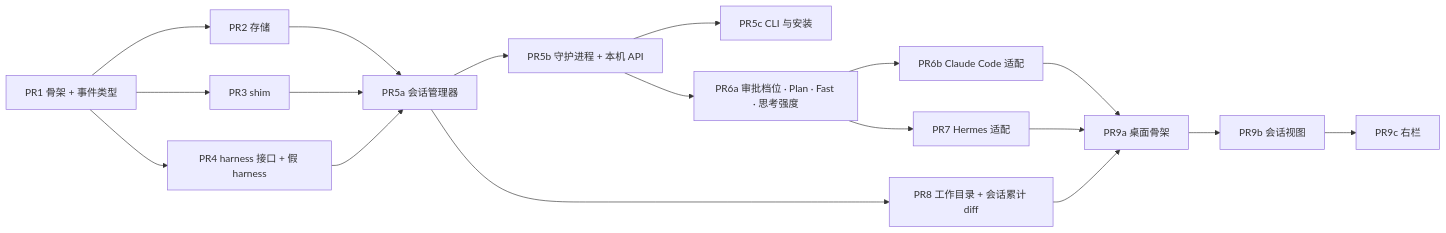
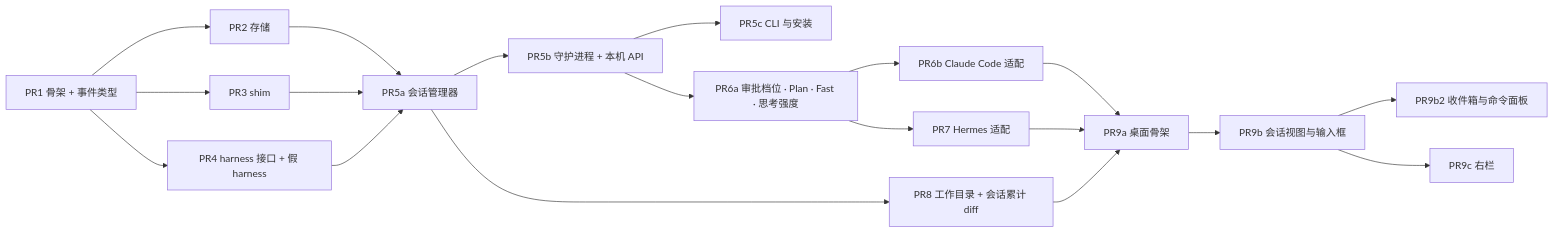
Before and after one commit to yangflow/hoplet: the diagram in docs/plans/m1-overview.md, drawn with Mermaid. The commit also changed other lines of this file and 4 other files, not shown here.

````diff
--- a/docs/plans/m1-overview.md
+++ b/docs/plans/m1-overview.md
@@ -34,20 +34,21 @@
 ```mermaid
 flowchart LR
     P1["PR1 骨架 + 事件类型"] --> P2["PR2 存储"]
     P1 --> P3["PR3 shim"]
     P1 --> P4["PR4 harness 接口 + 假 harness"]
     P2 --> P5["PR5a 会话管理器"]
     P3 --> P5
     P4 --> P5
     P5 --> P5b["PR5b 守护进程 + 本机 API"]
     P5b --> P5c["PR5c CLI 与安装"]
     P5b --> P6a["PR6a 审批档位 · Plan · Fast · 思考强度"]
     P6a --> P6["PR6b Claude Code 适配"]
     P6a --> P7["PR7 Hermes 适配"]
     P5 --> P8["PR8 工作目录 + 会话累计 diff"]
     P6 --> P9a["PR9a 桌面骨架"]
     P7 --> P9a
     P8 --> P9a
-    P9a --> P9b["PR9b 会话视图"]
+    P9a --> P9b["PR9b 会话视图与输入框"]
+    P9b --> P9b2["PR9b2 收件箱与命令面板"]
     P9b --> P9c["PR9c 右栏"]
 ```
````
